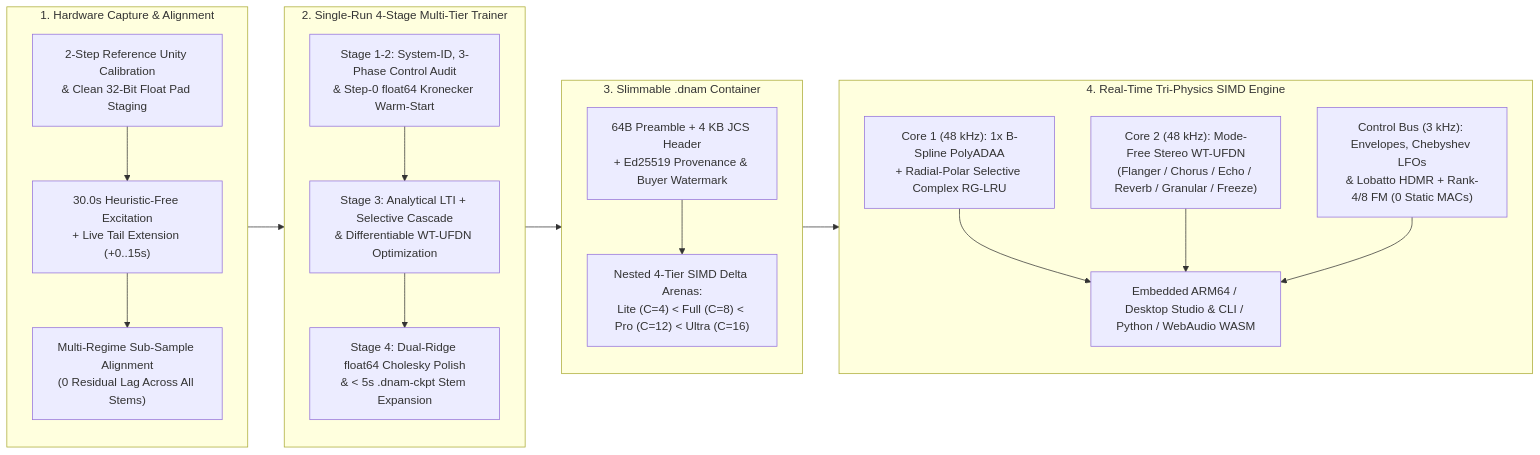
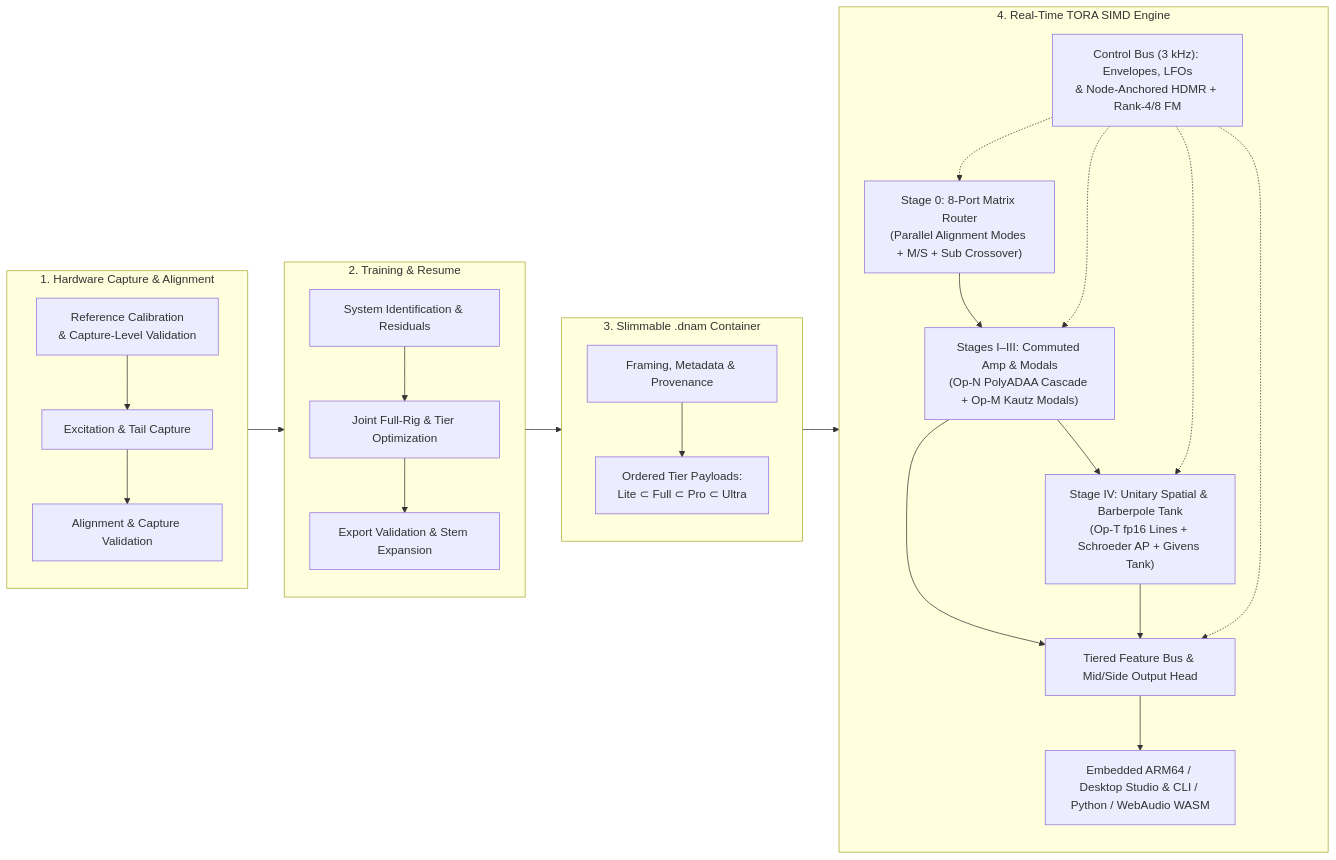
Before and after one commit to dnam-project/dnam: the diagram in README.md, drawn with Mermaid. The commit also changed other lines of this file and 105 other files, not shown here.

First line of the commit message:
docs: close TORA Phase 1 design reconciliation

````diff
--- a/README.md
+++ b/README.md
@@ -11,31 +11,36 @@
 ```mermaid
 flowchart LR
     subgraph Capture ["1. Hardware Capture & Alignment"]
-        C1["2-Step Reference Unity Calibration<br/>& Clean 32-Bit Float Pad Staging"]
-        C2["30.0s Heuristic-Free Excitation<br/>+ Live Tail Extension (+0..15s)"]
-        C3["Multi-Regime Sub-Sample Alignment<br/>(0 Residual Lag Across All Stems)"]
+        C1["Reference Calibration<br/>& Capture-Level Validation"]
+        C2["Excitation & Tail Capture"]
+        C3["Alignment & Capture Validation"]
         C1 --> C2 --> C3
     end
 
-    subgraph Train ["2. Single-Run 4-Stage Multi-Tier Trainer"]
-        T1["Stage 1-2: System-ID, 3-Phase Control Audit<br/>& Step-0 float64 Kronecker Warm-Start"]
-        T2["Stage 3: Analytical LTI + Selective Cascade<br/>& Differentiable WT-UFDN Optimization"]
-        T3["Stage 4: Dual-Ridge float64 Cholesky Polish<br/>& < 5s .dnam-ckpt Stem Expansion"]
+    subgraph Train ["2. Training & Resume"]
+        T1["System Identification & Residuals"]
+        T2["Joint Full-Rig & Tier Optimization"]
+        T3["Export Validation & Stem Expansion"]
         T1 --> T2 --> T3
     end
 
     subgraph Container ["3. Slimmable .dnam Container"]
-        B1["64B Preamble + 4 KB JCS Header<br/>+ Ed25519 Provenance & Buyer Watermark"]
-        B2["Nested 4-Tier SIMD Delta Arenas:<br/>Lite (C=4) < Full (C=8) < Pro (C=12) < Ultra (C=16)"]
+        B1["Framing, Metadata & Provenance"]
+        B2["Ordered Tier Payloads:<br/>Lite ⊂ Full ⊂ Pro ⊂ Ultra"]
         B1 --> B2
     end
 
-    subgraph Runtime ["4. Real-Time Tri-Physics SIMD Engine"]
-        R1["Core 1 (48 kHz): 1x B-Spline PolyADAA<br/>+ Radial-Polar Selective Complex RG-LRU"]
-        R2["Core 2 (48 kHz): Mode-Free Stereo WT-UFDN<br/>(Flanger / Chorus / Echo / Reverb / Granular / Freeze)"]
-        R3["Control Bus (3 kHz): Envelopes, Chebyshev LFOs<br/>& Lobatto HDMR + Rank-4/8 FM (0 Static MACs)"]
-        R1 & R2 & R3 --> Out["Embedded ARM64 / Desktop Studio & CLI / Python / WebAudio WASM"]
+    subgraph Runtime ["4. Real-Time TORA SIMD Engine"]
+        R0["Stage 0: 8-Port Matrix Router<br/>(Parallel Alignment Modes + M/S + Sub Crossover)"]
+        R1["Stages I–III: Commuted Amp & Modals<br/>(Op-N PolyADAA Cascade + Op-M Kautz Modals)"]
+        R2["Stage IV: Unitary Spatial & Barberpole Tank<br/>(Op-T fp16 Lines + Schroeder AP + Givens Tank)"]
+        R3["Control Bus (3 kHz): Envelopes, LFOs<br/>& Node-Anchored HDMR + Rank-4/8 FM"]
+        RH["Tiered Feature Bus & Mid/Side Output Head"]
+        R0 --> R1 --> R2
+        R1 & R2 --> RH
+        R3 -.-> R0 & R1 & R2 & RH
+        RH --> Out["Embedded ARM64 / Desktop Studio & CLI / Python / WebAudio WASM"]
     end
 
     Capture --> Train --> Container --> Runtime
 ```
````
